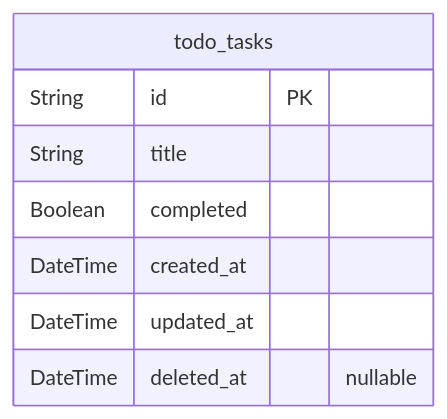
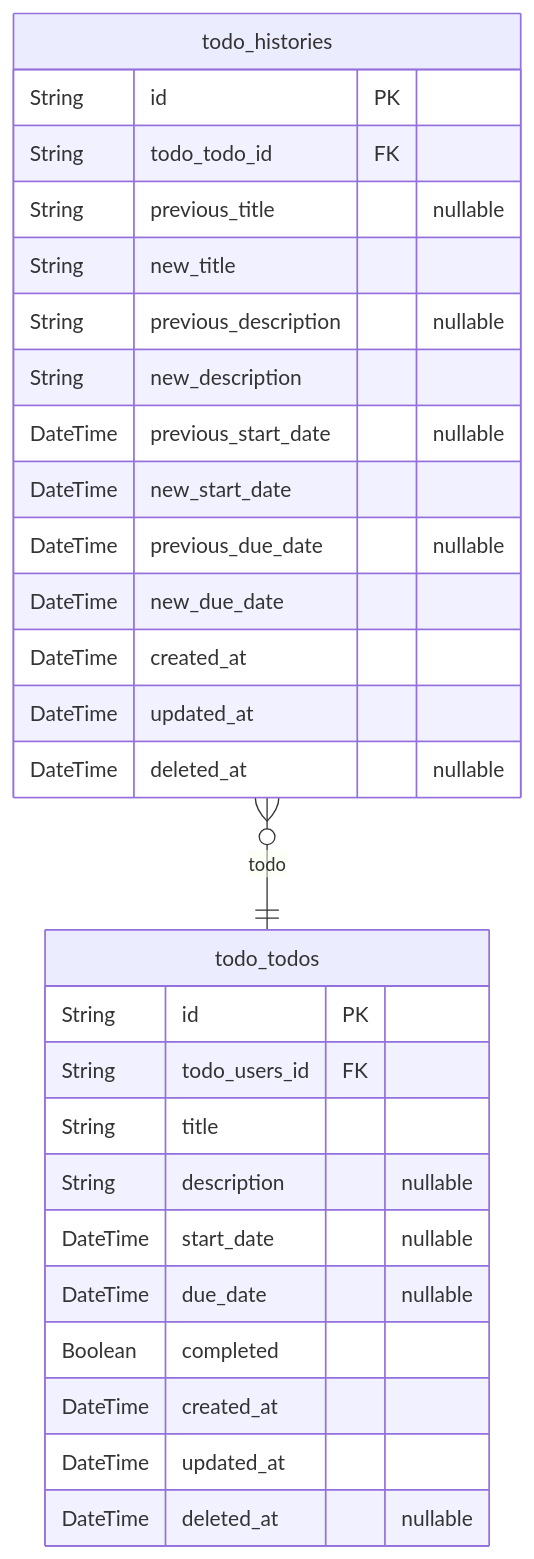
Before and after one commit to wrtnlabs/autobe-examples: the second of 2 diagrams in qwen/qwen3-30b-a3b-thinking-2507/todo/docs/ERD.md, drawn with Mermaid. The commit also changed other lines of this file and 9391 other files, not shown here.

````diff
--- a/qwen/qwen3-30b-a3b-thinking-2507/todo/docs/ERD.md
+++ b/qwen/qwen3-30b-a3b-thinking-2507/todo/docs/ERD.md
@@ -140,11 +180,31 @@
 ```mermaid
 erDiagram
-"todo_tasks" {
+"todo_todos" {
   String id PK
+  String todo_users_id FK
   String title
+  String description "nullable"
+  DateTime start_date "nullable"
+  DateTime due_date "nullable"
   Boolean completed
   DateTime created_at
   DateTime updated_at
   DateTime deleted_at "nullable"
 }
+"todo_histories" {
+  String id PK
+  String todo_todo_id FK
+  String previous_title "nullable"
+  String new_title
+  String previous_description "nullable"
+  String new_description
+  DateTime previous_start_date "nullable"
+  DateTime new_start_date
+  DateTime previous_due_date "nullable"
+  DateTime new_due_date
+  DateTime created_at
+  DateTime updated_at
+  DateTime deleted_at "nullable"
+}
+"todo_histories" }o--|| "todo_todos" : todo
 ```
````
